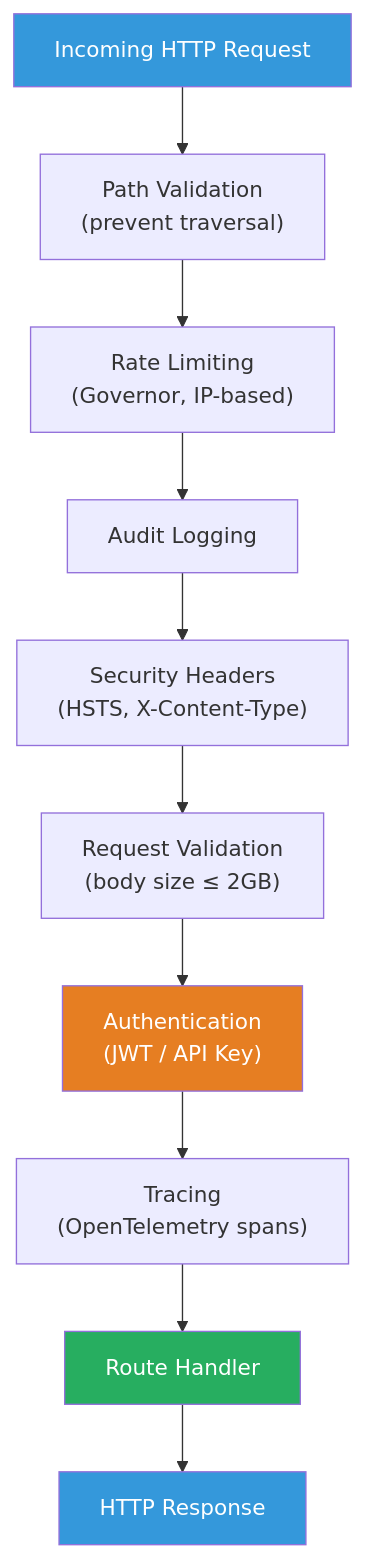
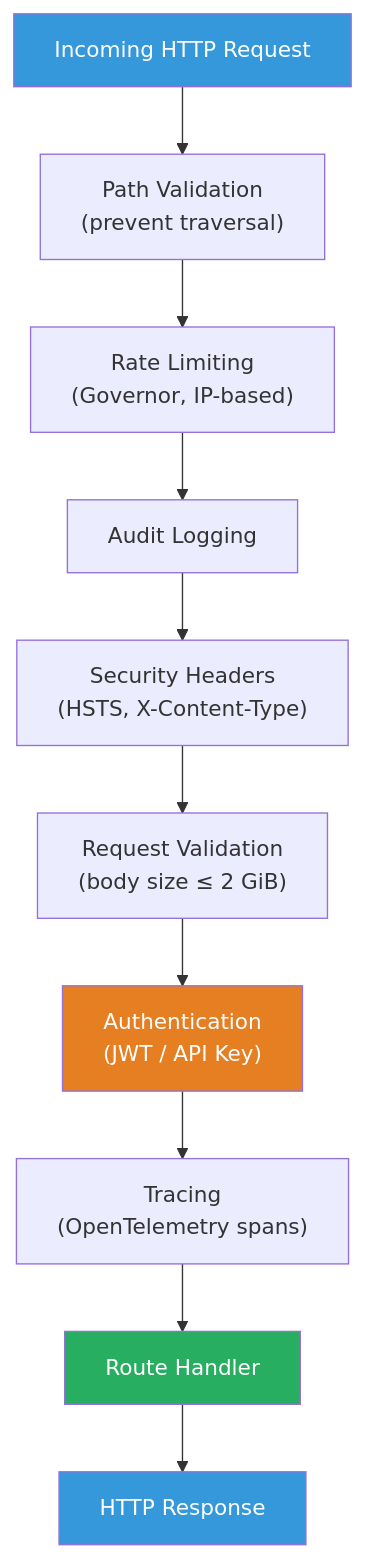
Before and after one commit to winnyboy5/mediagit-core: the eighth of 12 diagrams in ARCHITECTURE.md, drawn with Mermaid. The commit also changed other lines of this file and 35 other files, not shown here.

````diff
--- a/ARCHITECTURE.md
+++ b/ARCHITECTURE.md
@@ -667,17 +676,17 @@
 ```mermaid
 graph TD
     REQ["Incoming HTTP Request"] --> PV["Path Validation<br/>(prevent traversal)"]
     PV --> RL["Rate Limiting<br/>(Governor, IP-based)"]
     RL --> AU["Audit Logging"]
     AU --> SH["Security Headers<br/>(HSTS, X-Content-Type)"]
-    SH --> RV["Request Validation<br/>(body size ≤ 2GB)"]
+    SH --> RV["Request Validation<br/>(body size ≤ 2 GiB)"]
     RV --> AUTH["Authentication<br/>(JWT / API Key)"]
     AUTH --> TR["Tracing<br/>(OpenTelemetry spans)"]
     TR --> HANDLER["Route Handler"]
     HANDLER --> RES["HTTP Response"]
 
     style REQ fill:#3498db,color:#fff
     style AUTH fill:#e67e22,color:#fff
     style HANDLER fill:#27AE60,color:#fff
     style RES fill:#3498db,color:#fff
 ```
````
